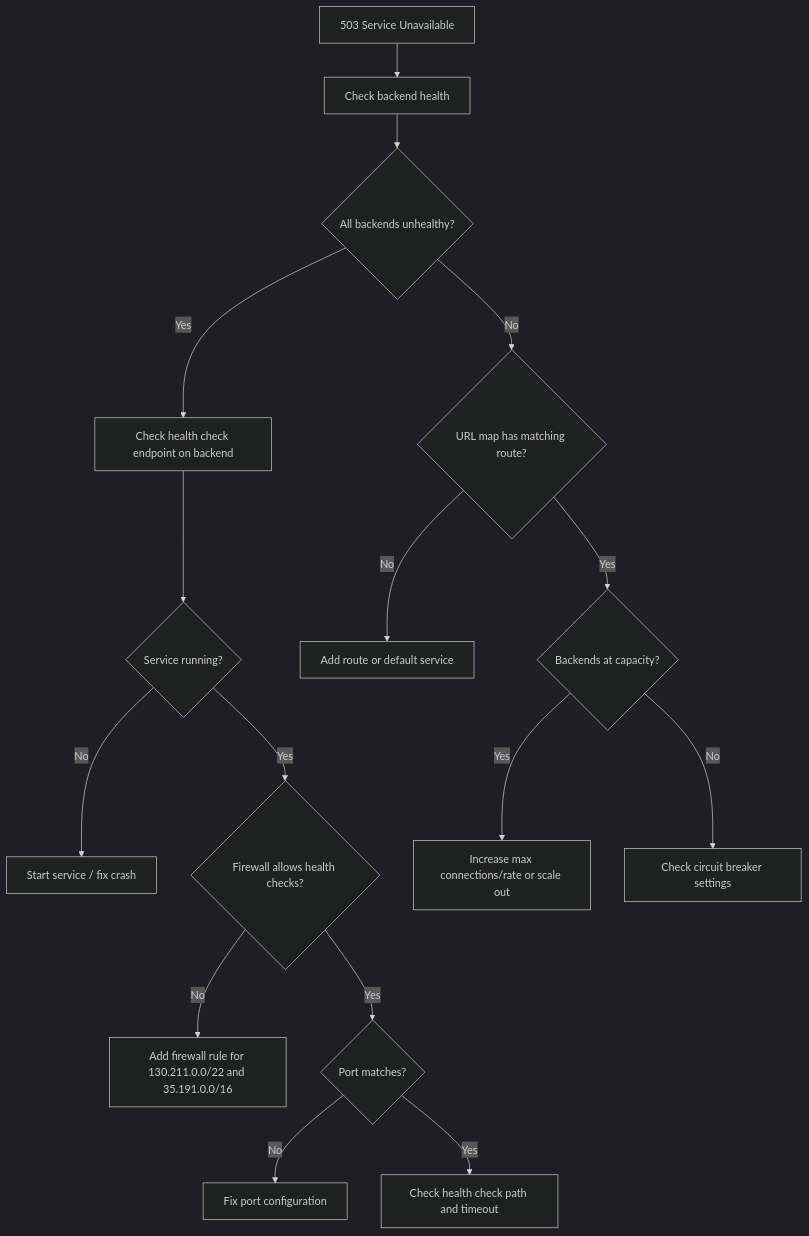
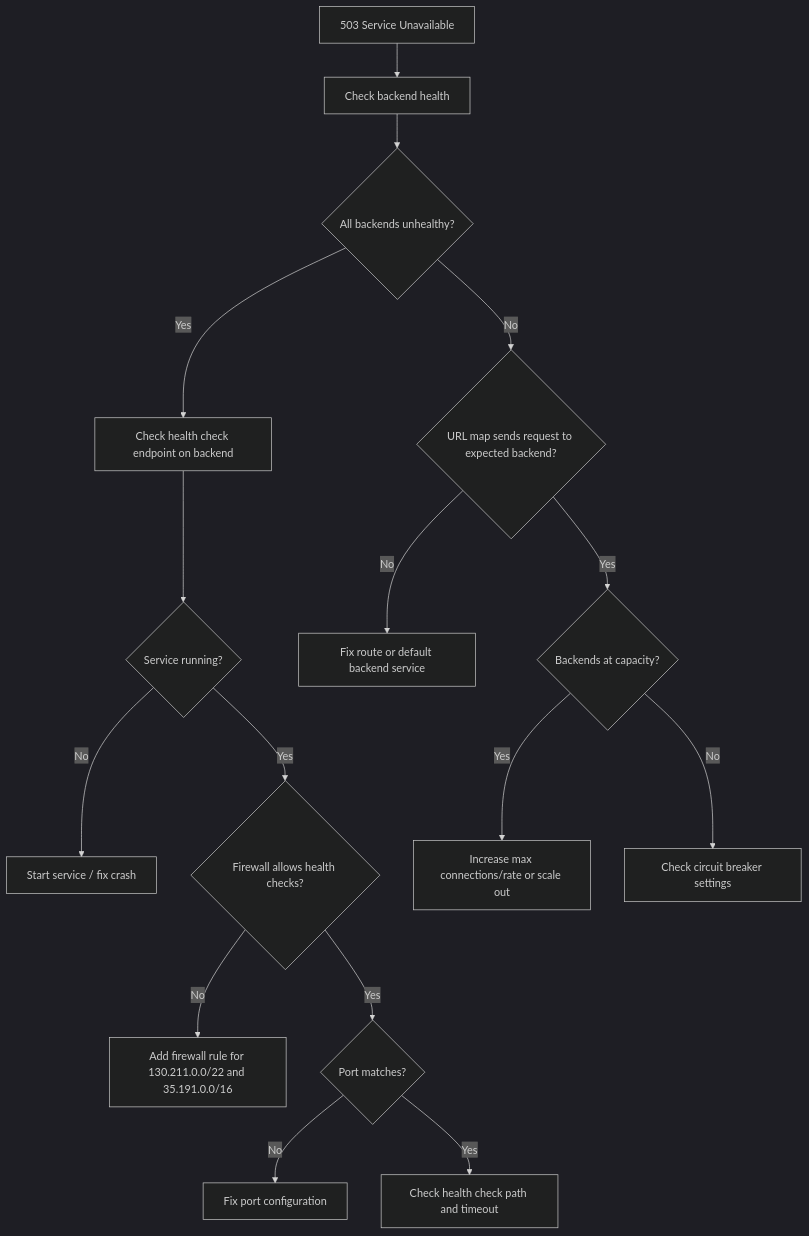
One commit to OneUptime/blog changed the diagram in posts/2026-02-17-how-to-troubleshoot-google-cloud-load-balancer-503-backend-service-unavailable-errors/README.md. Above: the diagram before and after it, drawn with Mermaid (dark theme). The commit also changed other lines of this file and 2 other files, not shown here.

Commit message:
validate: 2026-02-17-how-to-troubleshoot-google-cloud-load-balancer-503-backend-service-unavailable-errors

````diff
--- a/posts/2026-02-17-how-to-troubleshoot-google-cloud-load-balancer-503-backend-service-unavailable-errors/README.md
+++ b/posts/2026-02-17-how-to-troubleshoot-google-cloud-load-balancer-503-backend-service-unavailable-errors/README.md
@@ -246,18 +253,18 @@
 ```mermaid
 flowchart TD
     A[503 Service Unavailable] --> B[Check backend health]
     B --> C{All backends unhealthy?}
     C -->|Yes| D[Check health check endpoint on backend]
     D --> E{Service running?}
     E -->|No| F[Start service / fix crash]
     E -->|Yes| G{Firewall allows health checks?}
     G -->|No| H[Add firewall rule for 130.211.0.0/22 and 35.191.0.0/16]
     G -->|Yes| I{Port matches?}
     I -->|No| J[Fix port configuration]
     I -->|Yes| K[Check health check path and timeout]
-    C -->|No| L{URL map has matching route?}
-    L -->|No| M[Add route or default service]
+    C -->|No| L{URL map sends request to expected backend?}
+    L -->|No| M[Fix route or default backend service]
     L -->|Yes| N{Backends at capacity?}
     N -->|Yes| O[Increase max connections/rate or scale out]
     N -->|No| P[Check circuit breaker settings]
 ```
````
